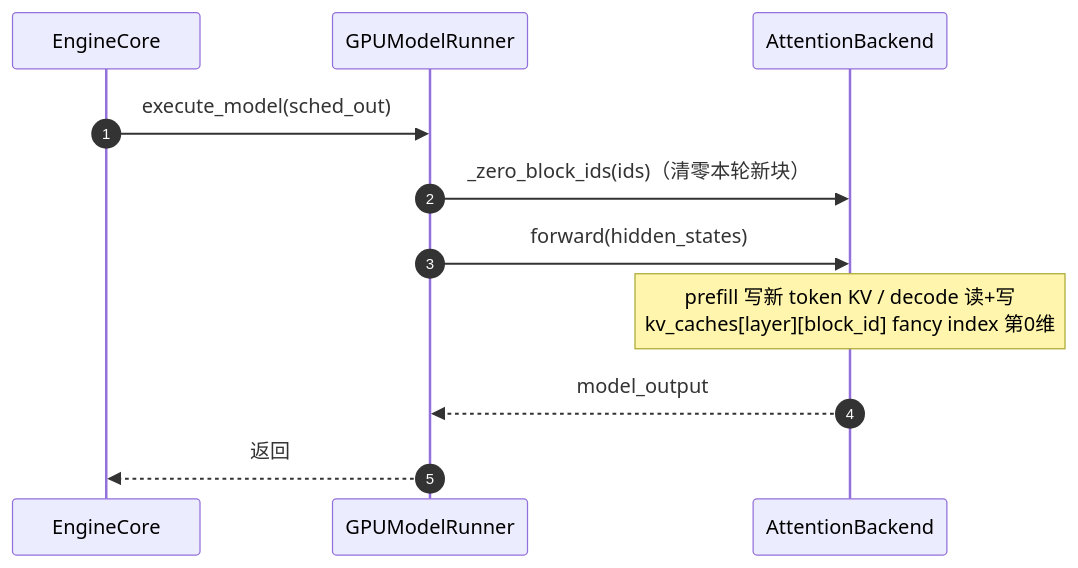
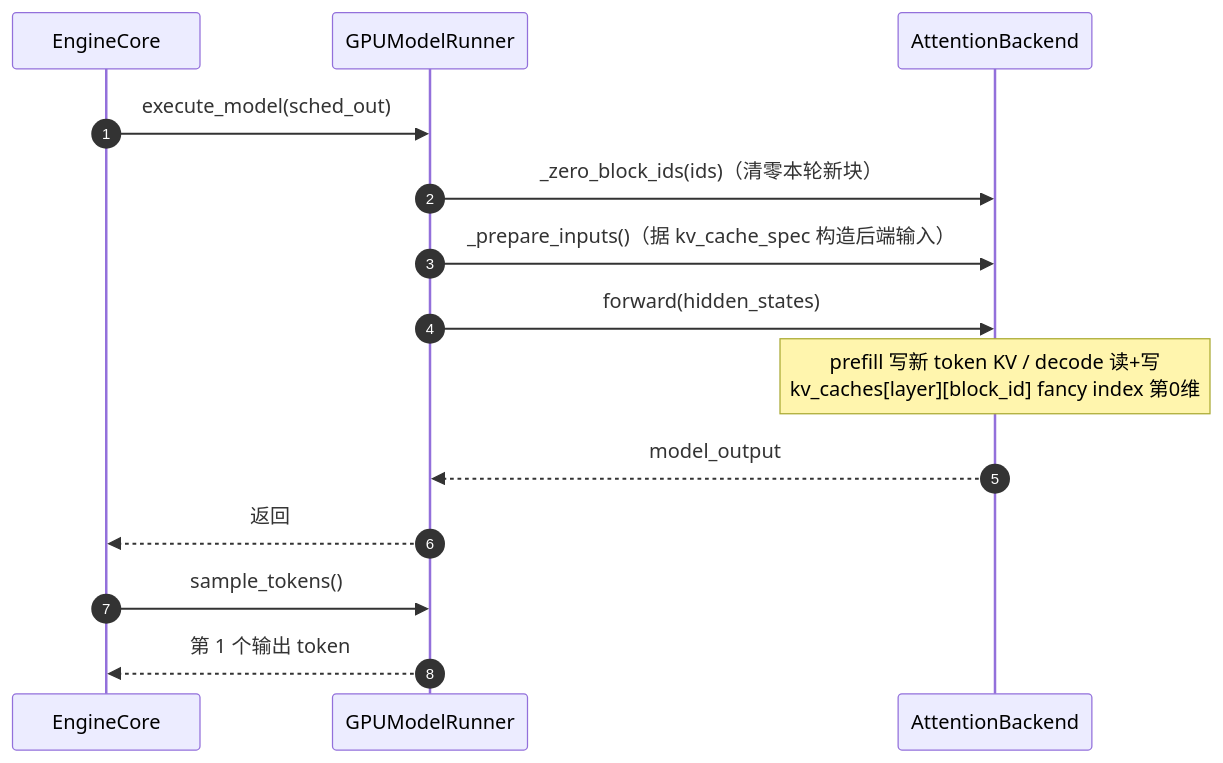
One commit to GoCHug/vllm changed the sixth of 9 diagrams in vllm/v1/core/kvcache_docs/0_end_to_end_sequence.md. Above: the diagram before and after it, drawn with Mermaid. The commit also changed other lines of this file, not shown here.

````diff
--- a/vllm/v1/core/kvcache_docs/0_end_to_end_sequence.md
+++ b/vllm/v1/core/kvcache_docs/0_end_to_end_sequence.md
@@ -285,14 +344,17 @@
 ```mermaid
 %%{init: {"themeVariables": {"actorFontSize": "11px", "messageFontSize": "11px", "noteFontSize": "11px"}, "sequence": {"actorMargin": 40, "messageMargin": 16, "noteMargin": 8, "boxMargin": 8, "boxTextMargin": 4, "messageAlign": "center", "mirrorActors": true, "height": 45}}}%%
 sequenceDiagram
     autonumber
     participant EngineCore
     participant GPUModelRunner
     participant AttentionBackend
     EngineCore->>GPUModelRunner: execute_model(sched_out)
     GPUModelRunner->>AttentionBackend: _zero_block_ids(ids)（清零本轮新块）
+    GPUModelRunner->>AttentionBackend: _prepare_inputs()（据 kv_cache_spec 构造后端输入）
     GPUModelRunner->>AttentionBackend: forward(hidden_states)
     Note over AttentionBackend: prefill 写新 token KV / decode 读+写<br/>kv_caches[layer][block_id] fancy index 第0维
     AttentionBackend-->>GPUModelRunner: model_output
     GPUModelRunner-->>EngineCore: 返回
+    EngineCore->>GPUModelRunner: sample_tokens()
+    GPUModelRunner-->>EngineCore: 第 1 个输出 token
 ```
````
